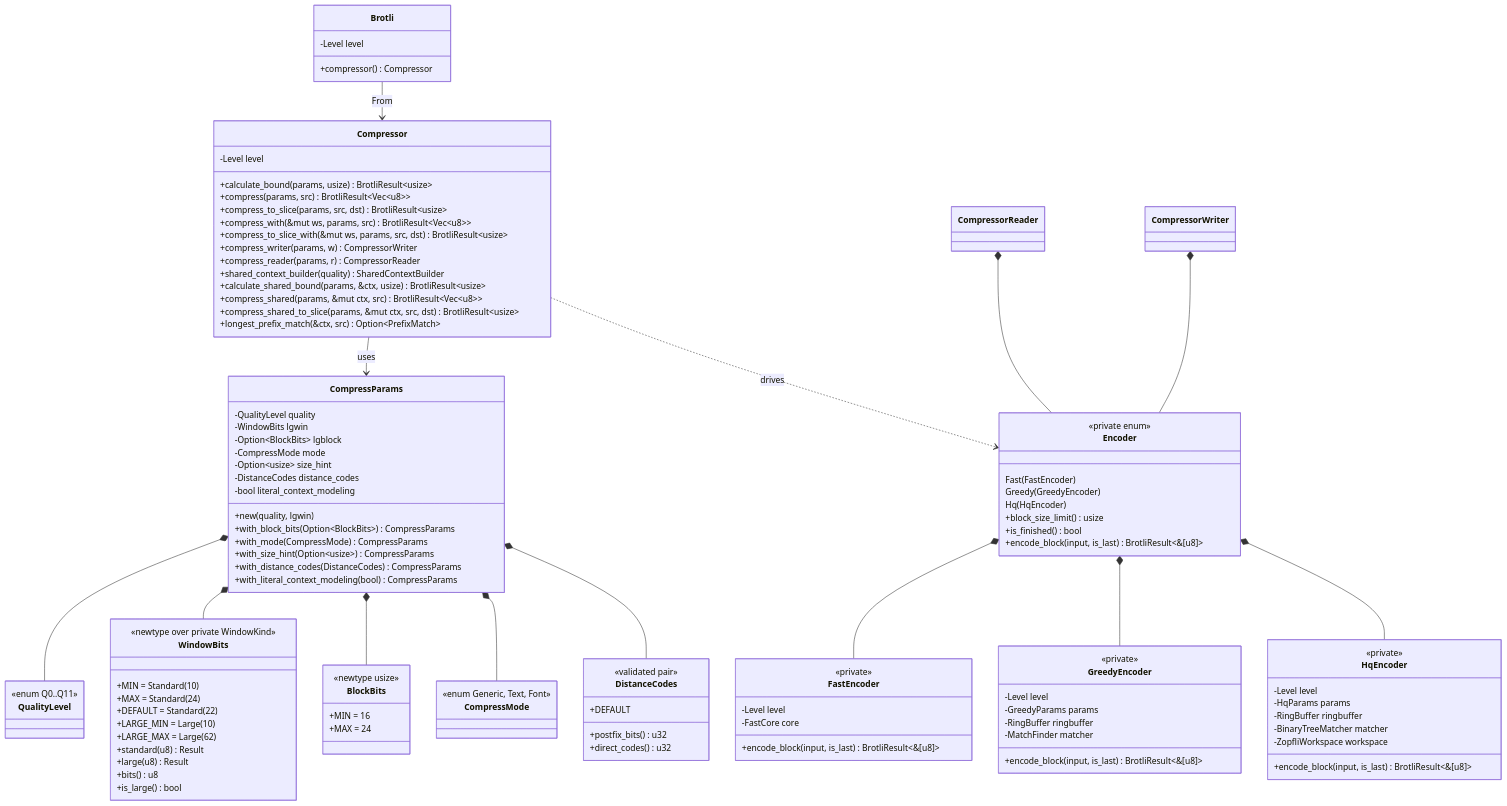
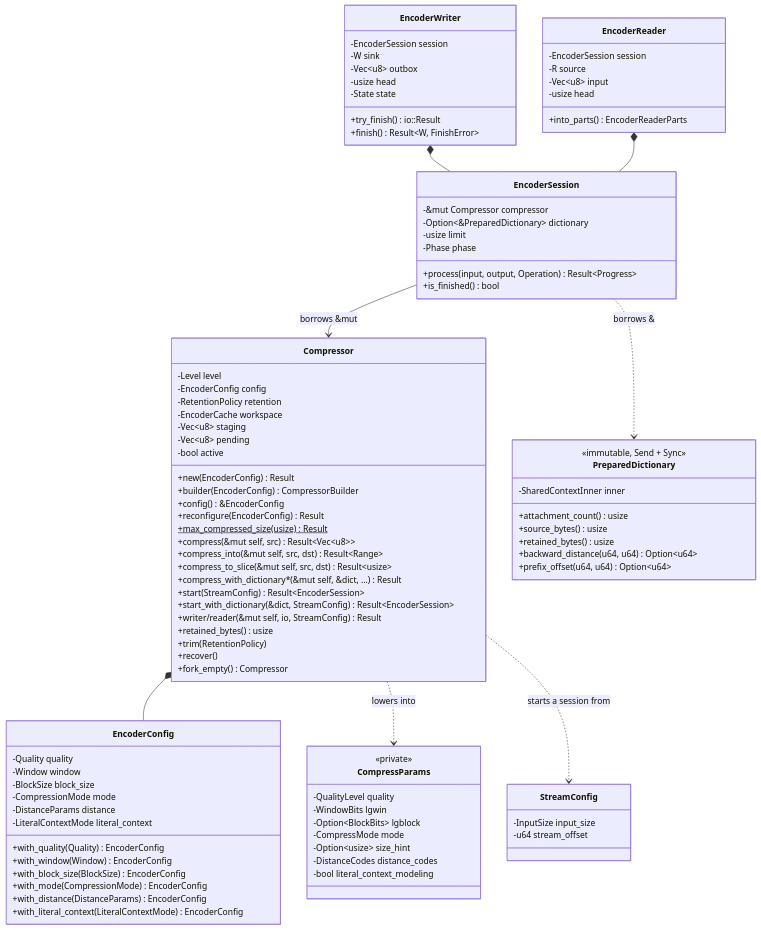
The second of 12 diagrams in architecture/compressor.md (Mnwa/mbrotli), drawn with Mermaid before and after one commit. The commit also changed other lines of this file and 104 other files, not shown here.

````diff
--- a/architecture/compressor.md
+++ b/architecture/compressor.md
@@ -75,25 +98,83 @@
 ```mermaid
 classDiagram
-    class Brotli {
-        -Level level
-        +compressor() Compressor
+    class EncoderConfig {
+        -Quality quality
+        -Window window
+        -BlockSize block_size
+        -CompressionMode mode
+        -DistanceParams distance
+        -LiteralContextMode literal_context
+        +with_quality(Quality) EncoderConfig
+        +with_window(Window) EncoderConfig
+        +with_block_size(BlockSize) EncoderConfig
+        +with_mode(CompressionMode) EncoderConfig
+        +with_distance(DistanceParams) EncoderConfig
+        +with_literal_context(LiteralContextMode) EncoderConfig
     }
     class Compressor {
         -Level level
-        +calculate_bound(params, usize) BrotliResult~usize~
-        +compress(params, src) BrotliResult~Vec~u8~~
-        +compress_to_slice(params, src, dst) BrotliResult~usize~
-        +compress_with(&mut ws, params, src) BrotliResult~Vec~u8~~
-        +compress_to_slice_with(&mut ws, params, src, dst) BrotliResult~usize~
-        +compress_writer(params, w) CompressorWriter
-        +compress_reader(params, r) CompressorReader
-        +shared_context_builder(quality) SharedContextBuilder
-        +calculate_shared_bound(params, &ctx, usize) BrotliResult~usize~
-        +compress_shared(params, &mut ctx, src) BrotliResult~Vec~u8~~
-        +compress_shared_to_slice(params, &mut ctx, src, dst) BrotliResult~usize~
-        +longest_prefix_match(&ctx, src) Option~PrefixMatch~
+        -EncoderConfig config
+        -RetentionPolicy retention
+        -EncoderCache workspace
+        -Vec~u8~ staging
+        -Vec~u8~ pending
+        -bool active
+        +new(EncoderConfig) Result
+        +builder(EncoderConfig) CompressorBuilder
+        +config() &EncoderConfig
+        +reconfigure(EncoderConfig) Result
+        +max_compressed_size(usize)$ Result
+        +compress(&mut self, src) Result~Vec~u8~~
+        +compress_into(&mut self, src, dst) Result~Range~
+        +compress_to_slice(&mut self, src, dst) Result~usize~
+        +compress_with_dictionary*(&mut self, &dict, ...) Result
+        +start(StreamConfig) Result~EncoderSession~
+        +start_with_dictionary(&dict, StreamConfig) Result~EncoderSession~
+        +writer/reader(&mut self, io, StreamConfig) Result
+        +retained_bytes() usize
+        +trim(RetentionPolicy)
+        +recover()
+        +fork_empty() Compressor
+    }
+    class StreamConfig {
+        -InputSize input_size
+        -u64 stream_offset
+    }
+    class EncoderSession {
+        -&mut Compressor compressor
+        -Option~&PreparedDictionary~ dictionary
+        -usize limit
+        -Phase phase
+        +process(input, output, Operation) Result~Progress~
+        +is_finished() bool
+    }
+    class PreparedDictionary {
+        <<immutable, Send + Sync>>
+        -SharedContextInner inner
+        +attachment_count() usize
+        +source_bytes() usize
+        +retained_bytes() usize
+        +backward_distance(u64, u64) Option~u64~
+        +prefix_offset(u64, u64) Option~u64~
+    }
+    class EncoderWriter {
+        -EncoderSession session
+        -W sink
+        -Vec~u8~ outbox
+        -usize head
+        -State state
+        +try_finish() io::Result
+        +finish() Result~W, FinishError~
+    }
+    class EncoderReader {
+        -EncoderSession session
+        -R source
+        -Vec~u8~ input
+        -usize head
+        +into_parts() EncoderReaderParts
     }
     class CompressParams {
+        <<private>>
         -QualityLevel quality
         -WindowBits lgwin
         -Option~BlockBits~ lgblock
@@ -101,86 +182,13 @@
         -Option~usize~ size_hint
         -DistanceCodes distance_codes
         -bool literal_context_modeling
-        +new(quality, lgwin)
-        +with_block_bits(Option~BlockBits~) CompressParams
-        +with_mode(CompressMode) CompressParams
-        +with_size_hint(Option~usize~) CompressParams
-        +with_distance_codes(DistanceCodes) CompressParams
-        +with_literal_context_modeling(bool) CompressParams
-    }
-    class BlockBits {
-        <<newtype usize>>
-        +MIN = 16
-        +MAX = 24
-    }
-    class CompressMode {
-        <<enum Generic, Text, Font>>
-    }
-    class DistanceCodes {
-        <<validated pair>>
-        +DEFAULT
-        +postfix_bits() u32
-        +direct_codes() u32
-    }
-    class WindowBits {
-        <<newtype over private WindowKind>>
-        +MIN = Standard(10)
-        +MAX = Standard(24)
-        +DEFAULT = Standard(22)
-        +LARGE_MIN = Large(10)
-        +LARGE_MAX = Large(62)
-        +standard(u8) Result
-        +large(u8) Result
-        +bits() u8
-        +is_large() bool
-    }
-    class QualityLevel {
-        <<enum Q0..Q11>>
-    }
-    class Encoder {
-        <<private enum>>
-        Fast(FastEncoder)
-        Greedy(GreedyEncoder)
-        Hq(HqEncoder)
-        +block_size_limit() usize
-        +is_finished() bool
-        +encode_block(input, is_last) BrotliResult~&[u8]~
-    }
-    class FastEncoder {
-        <<private>>
-        -Level level
-        -FastCore core
-        +encode_block(input, is_last) BrotliResult~&[u8]~
-    }
-    class GreedyEncoder {
-        <<private>>
-        -Level level
-        -GreedyParams params
-        -RingBuffer ringbuffer
-        -MatchFinder matcher
-        +encode_block(input, is_last) BrotliResult~&[u8]~
-    }
-    class HqEncoder {
-        <<private>>
-        -Level level
-        -HqParams params
-        -RingBuffer ringbuffer
-        -BinaryTreeMatcher matcher
-        -ZopfliWorkspace workspace
-        +encode_block(input, is_last) BrotliResult~&[u8]~
     }
 
-    Brotli --> Compressor : From
-    Compressor --> CompressParams : uses
-    CompressParams *-- QualityLevel
-    CompressParams *-- WindowBits
-    CompressParams *-- BlockBits
-    CompressParams *-- CompressMode
-    CompressParams *-- DistanceCodes
-    Compressor ..> Encoder : drives
-    Encoder *-- FastEncoder
-    Encoder *-- GreedyEncoder
-    Encoder *-- HqEncoder
-    CompressorReader *-- Encoder
-    CompressorWriter *-- Encoder
+    Compressor *-- EncoderConfig
+    Compressor ..> CompressParams : lowers into
+    EncoderSession --> Compressor : borrows &mut
+    EncoderSession ..> PreparedDictionary : borrows &
+    EncoderWriter *-- EncoderSession
+    EncoderReader *-- EncoderSession
+    Compressor ..> StreamConfig : starts a session from
 ```
````
